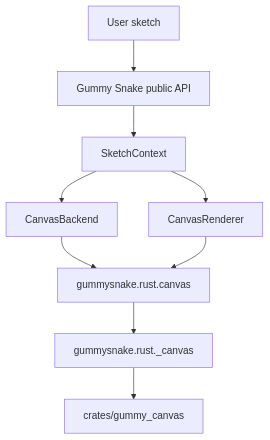
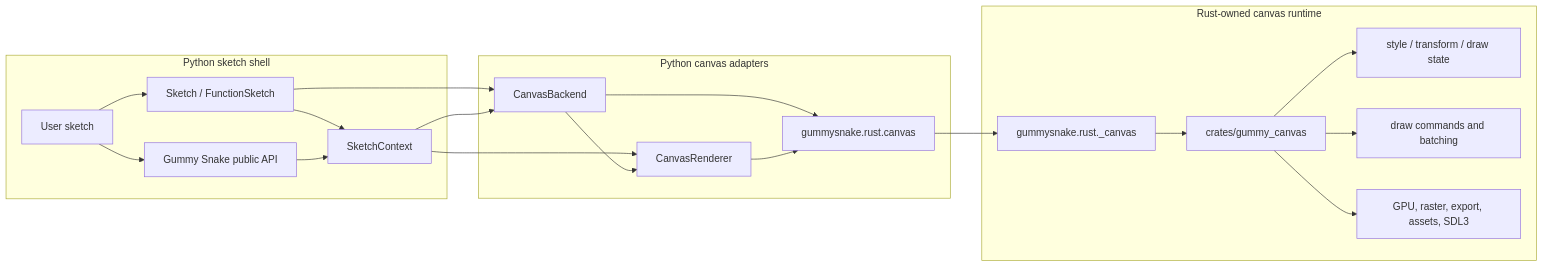
Before and after one commit to JonathanHHenson/gummy_snake: the diagram in docs/contribute/index.md, drawn with Mermaid. The commit also changed 4 other files, not shown here.

Commit message:
Clarify runtime and adapter architecture docs

````diff
--- a/docs/contribute/index.md
+++ b/docs/contribute/index.md
@@ -17,11 +17,38 @@
 ```mermaid
-flowchart TD
-    Sketch[User sketch] --> API[Gummy Snake public API]
-    API --> Context[SketchContext]
-    Context --> Backend[CanvasBackend]
-    Context --> Renderer[CanvasRenderer]
-    Backend --> Wrapper[gummysnake.rust.canvas]
+flowchart LR
+    subgraph Python["Python sketch shell"]
+        User[User sketch]
+        Sketch[Sketch / FunctionSketch]
+        API[Gummy Snake public API]
+        Context[SketchContext]
+    end
+
+    subgraph Adapter["Python canvas adapters"]
+        Backend[CanvasBackend]
+        Renderer[CanvasRenderer]
+        Wrapper[gummysnake.rust.canvas]
+    end
+
+    subgraph Rust["Rust-owned canvas runtime"]
+        Runtime[gummysnake.rust._canvas]
+        Crate[crates/gummy_canvas]
+        DrawState[style / transform / draw state]
+        Commands[draw commands and batching]
+        Rendering[GPU, raster, export, assets, SDL3]
+    end
+
+    User --> Sketch
+    User --> API
+    Sketch --> Backend
+    Sketch --> Context
+    API --> Context
+    Context --> Backend
+    Context --> Renderer
+    Backend --> Renderer
+    Backend --> Wrapper
     Renderer --> Wrapper
-    Wrapper --> Runtime[gummysnake.rust._canvas]
-    Runtime --> Crate[crates/gummy_canvas]
+    Wrapper --> Runtime --> Crate
+    Crate --> DrawState
+    Crate --> Commands
+    Crate --> Rendering
 ```
````
